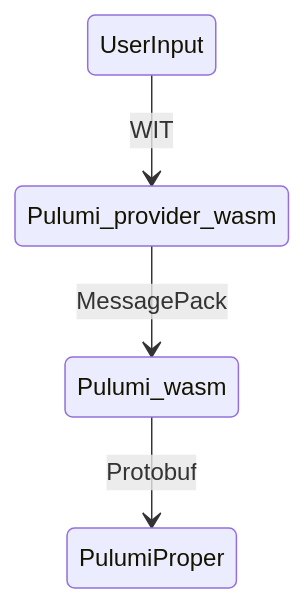
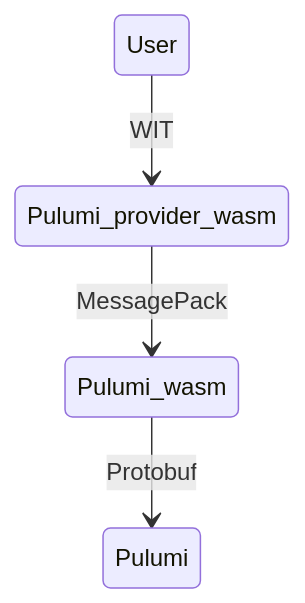
The diagram in docs/Internal/Data passing.md (andrzejressel/pulumi-wasm-deploy-testing), drawn with Mermaid before and after one commit. The commit also changed 3 other files, not shown here.

````diff
--- a/docs/Internal/Data passing.md
+++ b/docs/Internal/Data passing.md
@@ -2,6 +2,6 @@
 ```mermaid
 stateDiagram-v2
-	UserInput --> Pulumi_provider_wasm: WIT
+	User --> Pulumi_provider_wasm: WIT
 	Pulumi_provider_wasm --> Pulumi_wasm: MessagePack
-	Pulumi_wasm --> PulumiProper: Protobuf
+	Pulumi_wasm --> Pulumi: Protobuf
 ```
````
